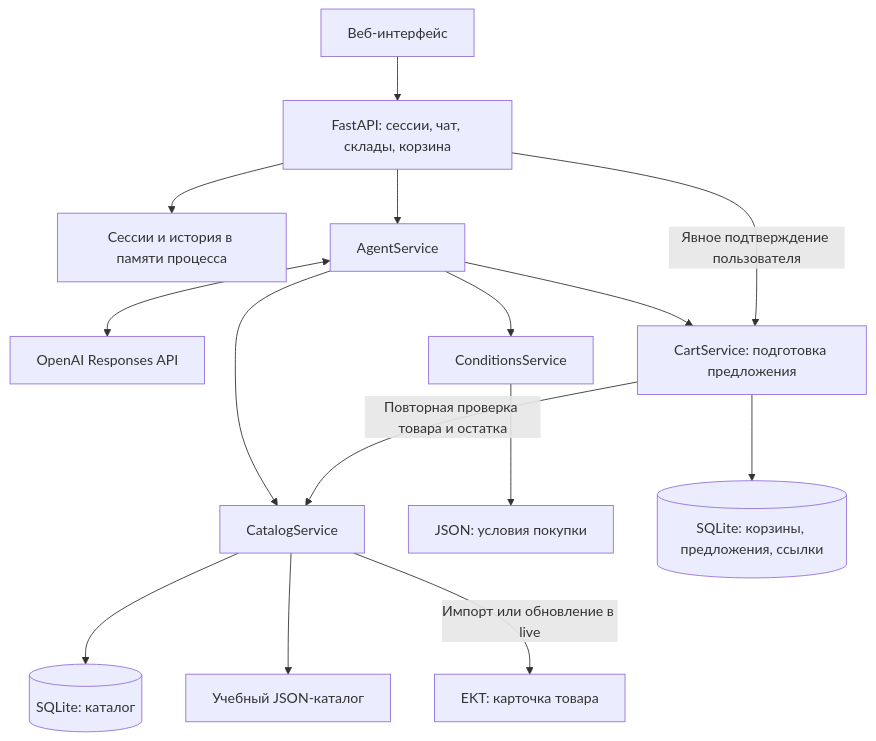
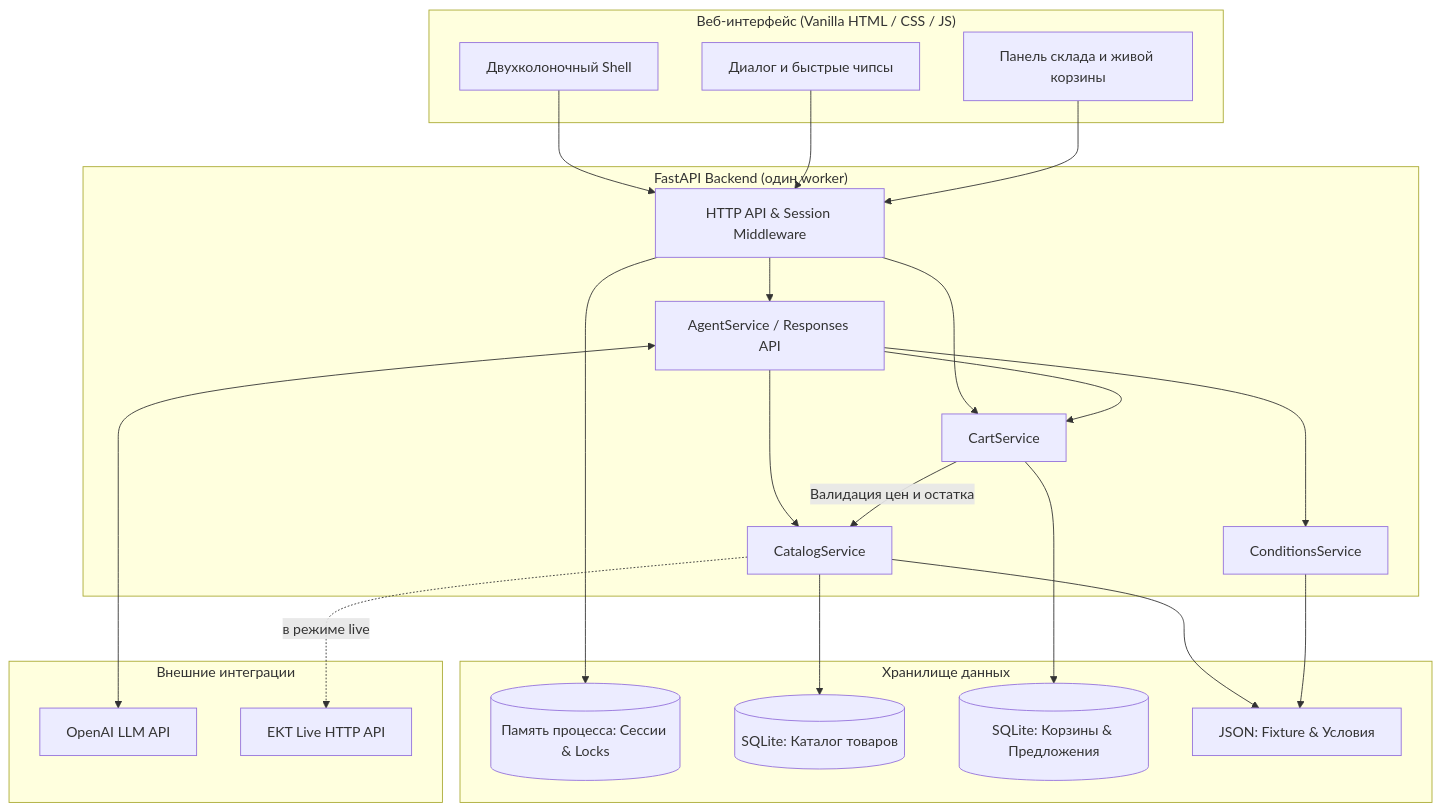
Before and after one commit to BAITC-Hacks/hack-84dbe8eb-sherkhandev: the diagram in README.md, drawn with Mermaid. The commit also changed other lines of this file and 3 other files, not shown here.

````diff
--- a/README.md
+++ b/README.md
@@ -47,17 +127,49 @@
 ```mermaid
 flowchart TD
-    UI[Веб-интерфейс] --> API[FastAPI: сессии, чат, склады, корзина]
-    API --> Sessions[Сессии и история в памяти процесса]
-    API --> Agent[AgentService]
-    Agent <--> LLM[OpenAI Responses API]
-    Agent --> Catalog[CatalogService]
-    Agent --> Conditions[ConditionsService]
-    Agent --> Cart[CartService: подготовка предложения]
-    API -->|Явное подтверждение пользователя| Cart
-    Cart -->|Повторная проверка товара и остатка| Catalog
-    Catalog --> CatalogDB[(SQLite: каталог)]
-    Catalog --> Fixture[Учебный JSON-каталог]
-    Catalog -->|Импорт или обновление в live| EKT[EKT: карточка товара]
-    Conditions --> JSON[JSON: условия покупки]
-    Cart --> CartDB[(SQLite: корзины, предложения, ссылки)]
+    subgraph Frontend["Веб-интерфейс (Vanilla HTML / CSS / JS)"]
+        UI[Двухколоночный Shell]
+        Chat[Диалог и быстрые чипсы]
+        Sidebar[Панель склада и живой корзины]
+    end
+
+    subgraph Backend["FastAPI Backend (один worker)"]
+        API[HTTP API & Session Middleware]
+        Agent[AgentService / Responses API]
+        Catalog[CatalogService]
+        Conditions[ConditionsService]
+        Cart[CartService]
+    end
+
+    subgraph Storage["Хранилище данных"]
+        MemSession[(Память процесса: Сессии & Locks)]
+        CatDB[(SQLite: Каталог товаров)]
+        CartDB[(SQLite: Корзины & Предложения)]
+        JSONData[JSON: Fixture & Условия]
+    end
+
+    subgraph External["Внешние интеграции"]
+        OpenAI[OpenAI LLM API]
+        EKTAPI[EKT Live HTTP API]
+    end
+
+    UI --> API
+    Chat --> API
+    Sidebar --> API
+
+    API --> MemSession
+    API --> Agent
+    API --> Cart
+
+    Agent <--> OpenAI
+    Agent --> Catalog
+    Agent --> Conditions
+    Agent --> Cart
+
+    Catalog --> CatDB
+    Catalog --> JSONData
+    Catalog -.->|в режиме live| EKTAPI
+
+    Conditions --> JSONData
+    Cart --> CartDB
+    Cart -->|Валидация цен и остатка| Catalog
 ```
````
